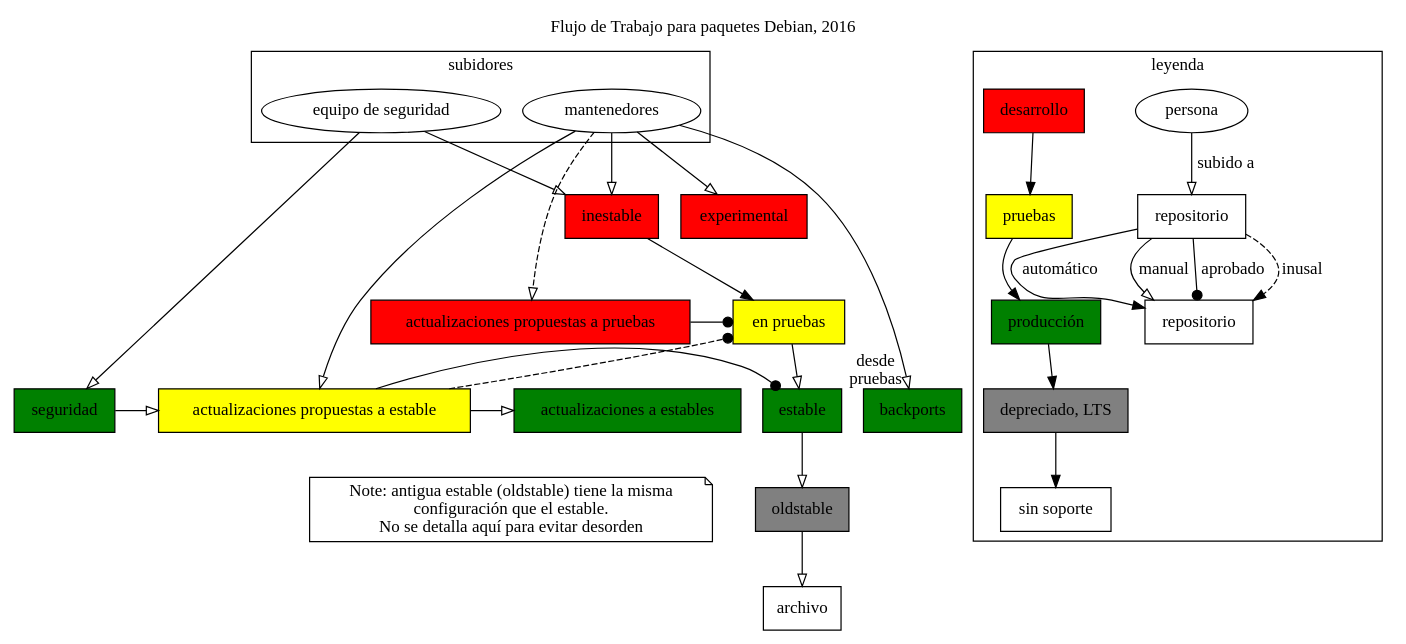
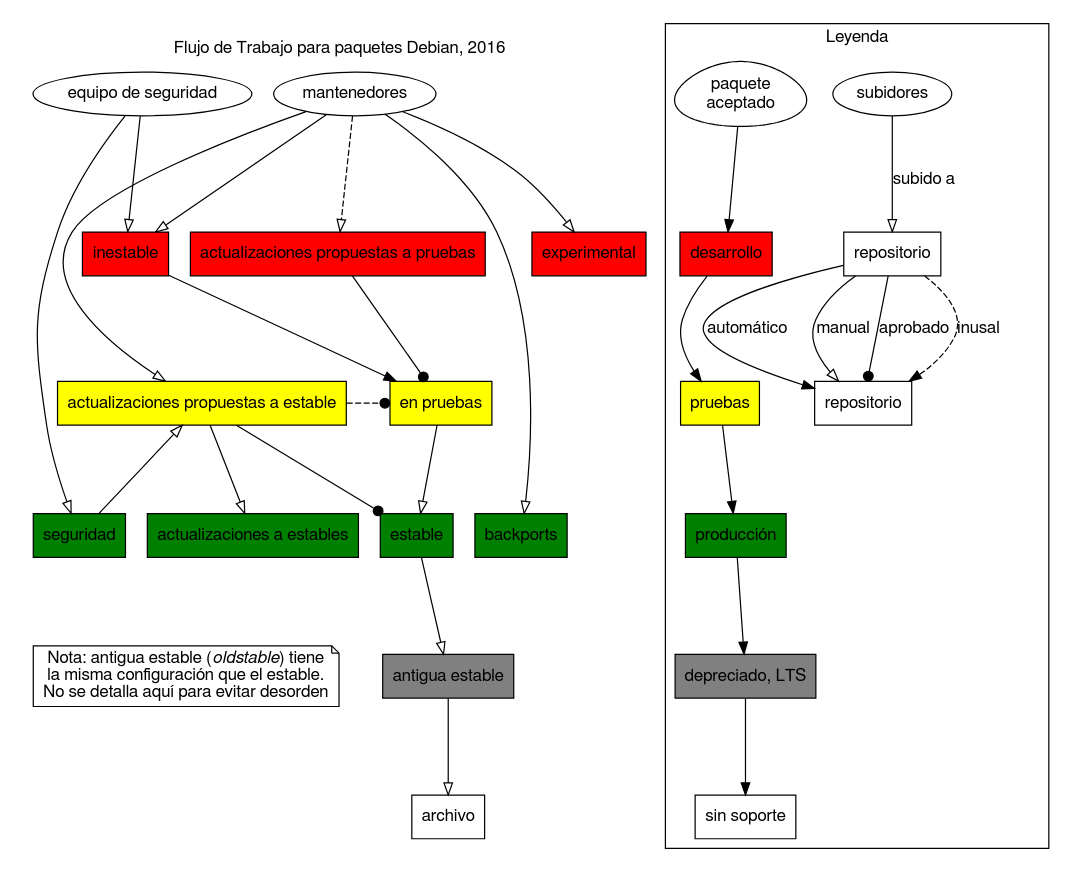
Before and after one commit to davidhdz/davidh-proyecto-grado: the diagram in datos/package-cycle.dot, drawn with Graphviz. The commit also changed 6 other files, not shown here.

```diff
--- a/datos/package-cycle.dot
+++ b/datos/package-cycle.dot
@@ -1,83 +1,98 @@
 # © 2016 Antoine Beaupré <anarcat@debian.org>, CC-BY-SA 4.0
 # Modified by David Hernandez <david.vzla@gmail.com>
 # Original: https://anonscm.debian.org/git/collab-maint/package-cycle.git/tree/package-cycle.dot
 digraph cycle {
+    ranksep=1
+    splines = true
+    size=80
+
+    subgraph clusterA {
         label="Flujo de Trabajo para paquetes Debian, 2016"
         labelloc=top
-        graph [ fontname=Liberation fontsize=14 ];
-        node [ fontname=Liberation ];
-        edge [ fontname=Liberation ];
+        graph [ fontname=FreeSans fontsize=14 ]
+        node  [ fontname=FreeSans ]
+        edge  [ fontname=FreeSans ]
+		style=filled
+        color=white
 
         # suites
-        {
-                rank = same                
-                unstable [ label = "inestable" shape=box style=filled fillcolor=red href="https://wiki.debian.org/es/DebianUnstable" ]
-                experimental [ shape=box style=filled fillcolor=red href="https://wiki.debian.org/es/DebianExperimental" ]
-        }
-        {
-                rank = same
-                testing [ label = "en pruebas" shape=box style=filled fillcolor=yellow href="https://wiki.debian.org/es/DebianTesting" ]
-                tpu [ label = "actualizaciones propuestas a pruebas" shape=box style=filled fillcolor=red href="https://wiki.debian.org/TestingProposedUpdates" ]
-        }
-        {
-                rank = same
-                pu [ label = "actualizaciones propuestas a estable" shape=box style=filled fillcolor=yellow href="https://wiki.debian.org/es/StableProposedUpdates" ]
-                stable [ label = "estable" shape=box style=filled fillcolor=green href="https://wiki.debian.org/DebianEstable" ]
-                security [ label = "seguridad" shape=box style=filled fillcolor=green href="https://www.debian.org/security/" ]
-                su [ label = "actualizaciones a estables" shape=box style=filled fillcolor=green href="https://wiki.debian.org/es/StableUpdates" ]
-                backports [ shape=box style=filled fillcolor=green href="https://wiki.debian.org/es/Backports/" ]
-        }
-        {
-                rank=same
-                oldstable [ shape=box style=filled fillcolor=grey href="https://wiki.debian.org/es/DebianOldStable" ]
-                note [ label="Note: antigua estable (oldstable) tiene la misma\nconfiguración que el estable.\nNo se detalla aquí para evitar desorden" shape=note ]
-                # make sure note is next to oldstable
-                note -> oldstable [ style=invis ]
-        }
-        archive [ label = "archivo" href="http://archive.debian.org" shape=box ]
+            {
+            rank = same                
+            unstable [ label = "inestable" shape=box style=filled fillcolor=red href="https://wiki.debian.org/es/DebianUnstable" ]
+            experimental [ shape=box style=filled fillcolor=red href="https://wiki.debian.org/es/DebianExperimental" ]
+            tpu [ label = "actualizaciones propuestas a pruebas" shape=box style=filled fillcolor=red href="https://wiki.debian.org/TestingProposedUpdates" ]
+            }
+            {
+            rank = same
+            testing [ label = "en pruebas" shape=box style=filled fillcolor=yellow href="https://wiki.debian.org/es/DebianTesting" ]
+            pu [ label = "actualizaciones propuestas a estable" shape=box style=filled fillcolor=yellow href="https://wiki.debian.org/es/StableProposedUpdates" ]
+            }
+            {
+            rank = same
+            stable [ label = "estable" shape=box style=filled fillcolor=green href="https://wiki.debian.org/DebianEstable" ]
+            security [ label = "seguridad" shape=box style=filled fillcolor=green href="https://www.debian.org/security/" ]
+            su [ label = "actualizaciones a estables" shape=box style=filled fillcolor=green href="https://wiki.debian.org/es/StableUpdates" ]
+            backports [ shape=box style=filled fillcolor=green href="https://wiki.debian.org/es/Backports/" ]
+            }
+            {
+            rank=same
+            oldstable [ label = "antigua estable" shape=box style=filled fillcolor=grey href="https://wiki.debian.org/es/DebianOldStable" ]
+            note [ label=<Nota: antigua estable (<i>oldstable</i>) tiene<br/>la misma configuración que el estable.<br/>No se detalla aquí para evitar desorden> shape=note ]
+            # make sure note is next to oldstable
+            note -> oldstable [ style=invis ]
+            }
+            {
+            rank=same
+            archive [ label = "archivo" href="http://archive.debian.org" shape=box ]
+            }
 
-        # developers
-        subgraph clusterdevs {
-                label = "subidores"
-                maint [ label="mantenedores" href="https://wiki.debian.org/Maintainers" ]
-                secteam [ label="equipo de seguridad" href="https://wiki.debian.org/Teams/Security" ]
-        }
+            maint [ label="mantenedores" href="https://wiki.debian.org/Maintainers" ]
+            secteam [ label="equipo de seguridad" href="https://wiki.debian.org/Teams/Security" ]
+    }
 
-        # upload workflow
-        secteam -> unstable [ arrowhead=empty ]
-        secteam -> security [ arrowhead=empty ]
-        maint -> unstable [ arrowhead=empty ]
-        maint -> pu [ arrowhead=empty ]
-        maint -> experimental [ arrowhead=empty ]
-        maint -> tpu [ style=dashed arrowhead=empty ]
+    # upload workflow
+    secteam -> unstable [ arrowhead=empty ]
+    secteam -> security [ arrowhead=empty ]
+    maint -> unstable [ arrowhead=empty ]
+    maint -> pu [ arrowhead=empty ]
+    maint -> experimental [ arrowhead=empty ]
+    maint -> tpu [ style=dashed arrowhead=empty ]
+    # make sure it's close to testing
+    testing -> backports [ arrowhead=empty style=invis ]
+    unstable -> testing [ href="https://www.debian.org/doc/manuals/developers-reference/pkgs.html#testing-unstable" ]
+    testing -> stable -> oldstable -> archive [ arrowhead=empty ]
+    security -> pu [ arrowhead=empty ]
+    pu -> stable [ arrowhead=dot, href="https://wiki.debian.org/Teams/ReleaseTeam" ]
+    pu -> testing [ arrowhead=dot href="https://wiki.debian.org/Teams/ReleaseTeam" style=dashed ]
+    tpu -> testing [ arrowhead=dot href="https://wiki.debian.org/Teams/ReleaseTeam" ]
+    pu -> su [ arrowhead=empty ]
+    maint -> backports [ arrowhead=empty ] # headlabel="desde\npruebas" ]
 
-        # make sure it's close to testing
-        testing -> backports [ arrowhead=empty style=invis ]
-        unstable -> testing [ href="https://www.debian.org/doc/manuals/developers-reference/pkgs.html#testing-unstable" ]
-        testing -> stable -> oldstable -> archive [ arrowhead=empty ]
-        
-        security -> pu [ arrowhead=empty ]
-        pu -> stable [ arrowhead=dot, href="https://wiki.debian.org/Teams/ReleaseTeam" ]
-        pu -> testing [ arrowhead=dot href="https://wiki.debian.org/Teams/ReleaseTeam" style=dashed ]
-        maint -> backports [ arrowhead=empty headlabel="desde\npruebas" ]
-        tpu -> testing [ arrowhead=dot href="https://wiki.debian.org/Teams/ReleaseTeam" ]
-        pu -> su [ arrowhead=empty ]
+    subgraph cluster1 {
+        label="Leyenda"
+        labelloc=top
+        graph [ fontname=FreeSans fontsize=14 ]
+        node  [ fontname=FreeSans ]
+        edge  [ fontname=FreeSans ]
 
-        subgraph clusterlegend {
-                label="leyenda"
-                persona
-                repository [ label="repositorio" shape=box ]
-                persona -> repository [ arrowhead=empty label="subido a" ]
-                subrepository [ shape=box label="repositorio" ]
-                repository -> subrepository [ label="automático" ]
-                repository -> subrepository [ arrowhead=empty label="manual" ]
-                repository -> subrepository [ arrowhead=dot label="aprobado" ]
-                repository -> subrepository [ style=dashed label="inusal" ]
-                production [ label="producción" shape=box style=filled fillcolor=green ]
-                test [ shape=box style=filled fillcolor=yellow label="pruebas" ]
-                development [ label="desarrollo" shape=box style=filled fillcolor=red ]
-                deprecated [ shape=box style=filled fillcolor=grey label="depreciado, LTS" ]
-                unsupported [ label="sin soporte" shape=box ]
-                development -> test -> production -> deprecated -> unsupported
-        }
+        persona [ label="subidores" ]
+        subrepository [ shape=box label="repositorio" ]
+        repository [ label="repositorio" shape=box ]
+        paquete [ label="paquete\naceptado" shape=egg ]
+
+        production [ label="producción" shape=box style=filled fillcolor=green ]
+        development [ label="desarrollo" shape=box style=filled fillcolor=red ]
+        test [ shape=box style=filled fillcolor=yellow label="pruebas" ]
+        production [ label="producción" shape=box style=filled fillcolor=green ]
+        deprecated [ shape=box style=filled fillcolor=grey label="depreciado, LTS" ]
+        unsupported [ label="sin soporte" shape=box ]
+
+        persona -> repository [ arrowhead=empty label="subido a" ] 
+        repository -> subrepository [ label="automático" ]
+        repository -> subrepository [ arrowhead=empty label="manual" ]
+        repository -> subrepository [ arrowhead=dot label="aprobado" ]
+        repository -> subrepository [ style=dashed label="inusal" ]
+
+        paquete -> development -> test -> production -> deprecated -> unsupported  
+    }
 }
```
